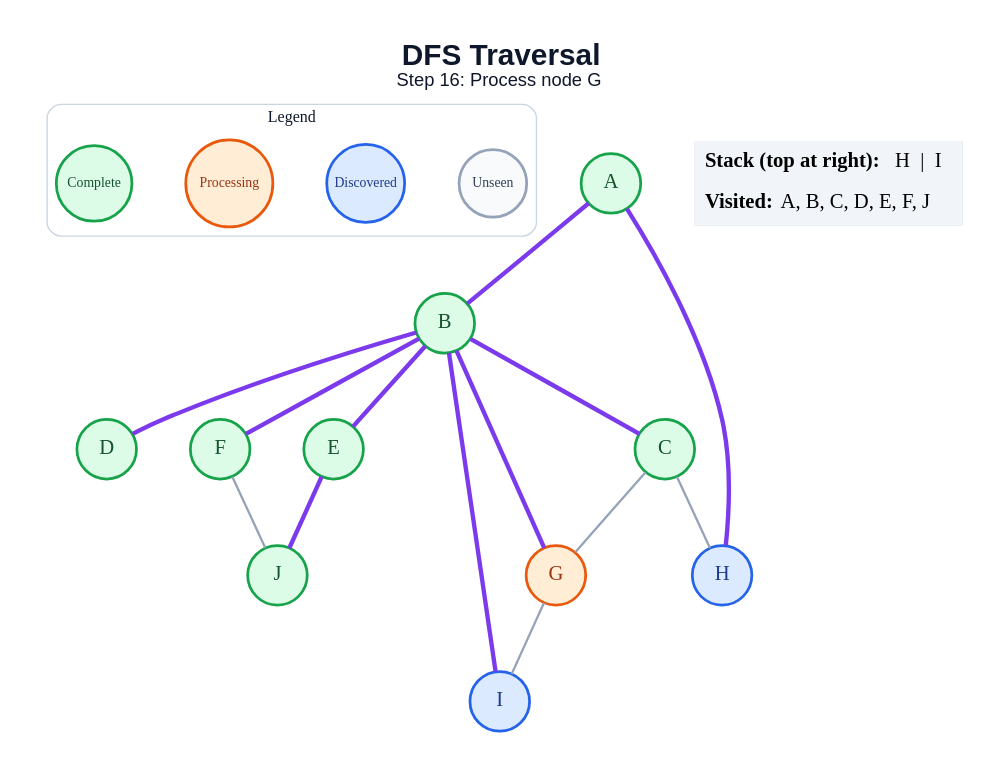
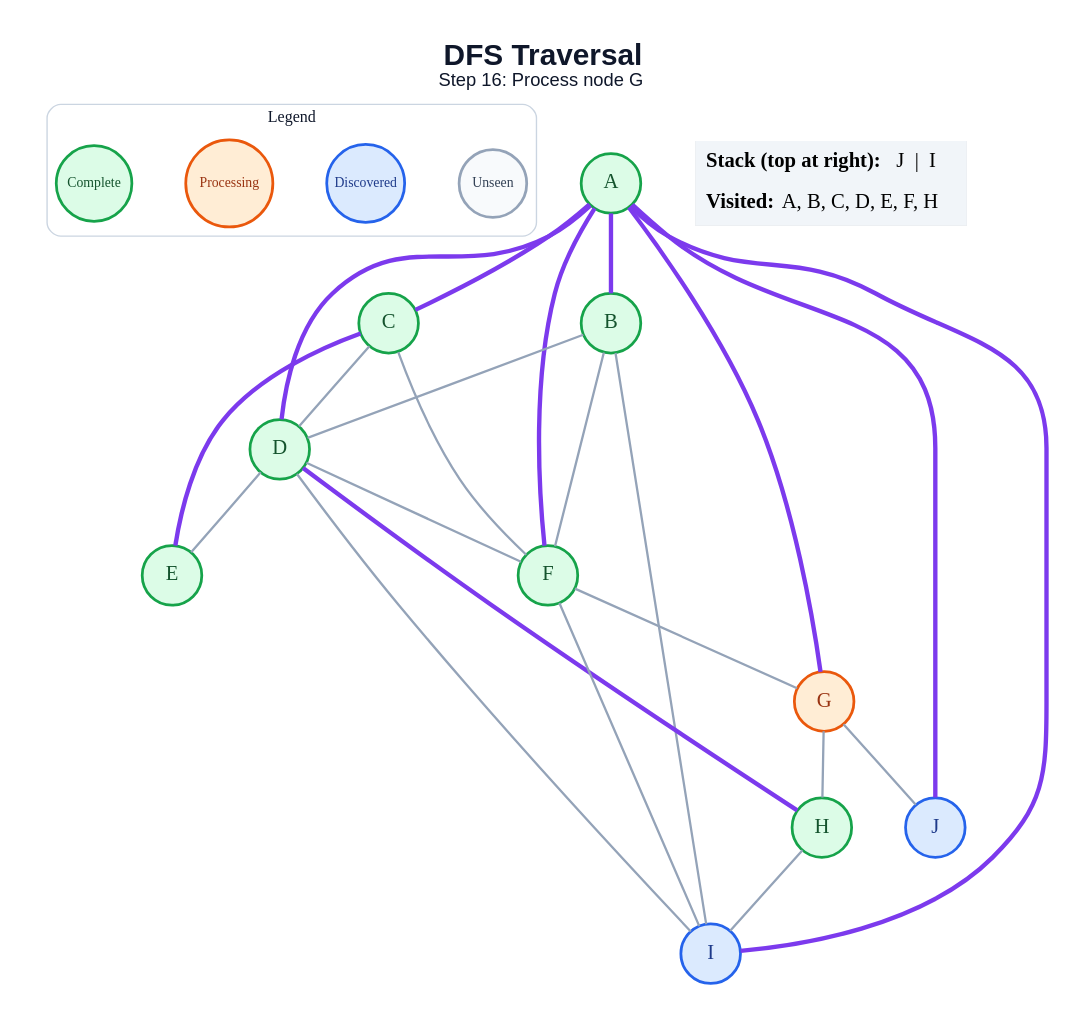
Before and after one commit to amanghodawala9/ai-slop: the diagram in generated/dfs/step_16.dot, drawn with Graphviz. The commit also changed 178 other files, not shown here.

```diff
--- a/generated/dfs/step_16.dot
+++ b/generated/dfs/step_16.dot
@@ -1,42 +1,51 @@
 graph traversal {
   graph [layout=dot, rankdir=TB, bgcolor="#FFFFFF", pad="0.35", nodesep="0.65", ranksep="0.8", fontname="Arial"];
   node [shape=circle, style="filled", fontname="Arial Bold", fontsize=18, width=0.72, fixedsize=true, penwidth=2.4];
   edge [color="#94A3B8", penwidth=2.0];
   label=<<B>DFS Traversal</B><BR/><FONT POINT-SIZE="16">Step 16: Process node G</FONT>>; labelloc="t"; fontsize=26; fontname="Arial"; fontcolor="#0F172A";
   subgraph cluster_legend { label="Legend"; color="#CBD5E1"; penwidth=1.2; style="rounded"; fontsize=14; fontname="Arial Bold";
     key_unseen [label="Unseen", fillcolor="#F8FAFC", color="#94A3B8", fontcolor="#334155", fontsize=12, width=0.82];
     key_frontier [label="Discovered", fillcolor="#DBEAFE", color="#2563EB", fontcolor="#1E3A8A", fontsize=12, width=0.95];
     key_current [label="Processing", fillcolor="#FFEDD5", color="#EA580C", fontcolor="#9A3412", fontsize=12, width=1.05];
     key_done [label="Complete", fillcolor="#DCFCE7", color="#16A34A", fontcolor="#14532D", fontsize=12, width=0.92];
     { rank=same; key_unseen; key_frontier; key_current; key_done; }
   }
   A [fillcolor="#DCFCE7", color="#16A34A", fontcolor="#14532D"];
   B [fillcolor="#DCFCE7", color="#16A34A", fontcolor="#14532D"];
   C [fillcolor="#DCFCE7", color="#16A34A", fontcolor="#14532D"];
   D [fillcolor="#DCFCE7", color="#16A34A", fontcolor="#14532D"];
   E [fillcolor="#DCFCE7", color="#16A34A", fontcolor="#14532D"];
   F [fillcolor="#DCFCE7", color="#16A34A", fontcolor="#14532D"];
   G [fillcolor="#FFEDD5", color="#EA580C", fontcolor="#9A3412"];
-  H [fillcolor="#DBEAFE", color="#2563EB", fontcolor="#1E3A8A"];
+  H [fillcolor="#DCFCE7", color="#16A34A", fontcolor="#14532D"];
   I [fillcolor="#DBEAFE", color="#2563EB", fontcolor="#1E3A8A"];
-  J [fillcolor="#DCFCE7", color="#16A34A", fontcolor="#14532D"];
+  J [fillcolor="#DBEAFE", color="#2563EB", fontcolor="#1E3A8A"];
   A -- B [color="#7C3AED", penwidth=3.8];
-  A -- H [color="#7C3AED", penwidth=3.8];
-  B -- C [color="#7C3AED", penwidth=3.8];
-  B -- D [color="#7C3AED", penwidth=3.8];
-  B -- E [color="#7C3AED", penwidth=3.8];
-  B -- F [color="#7C3AED", penwidth=3.8];
-  B -- G [color="#7C3AED", penwidth=3.8];
-  B -- I [color="#7C3AED", penwidth=3.8];
-  C -- G;
-  C -- H;
-  E -- J [color="#7C3AED", penwidth=3.8];
-  F -- J;
-  G -- I;
+  A -- C [color="#7C3AED", penwidth=3.8];
+  A -- D [color="#7C3AED", penwidth=3.8];
+  A -- F [color="#7C3AED", penwidth=3.8];
+  A -- G [color="#7C3AED", penwidth=3.8];
+  A -- I [color="#7C3AED", penwidth=3.8];
+  A -- J [color="#7C3AED", penwidth=3.8];
+  B -- D;
+  B -- F;
+  B -- I;
+  C -- D;
+  C -- E [color="#7C3AED", penwidth=3.8];
+  C -- F;
+  D -- E;
+  D -- F;
+  D -- H [color="#7C3AED", penwidth=3.8];
+  D -- I;
+  F -- G;
+  F -- I;
+  G -- H;
+  G -- J;
+  H -- I;
   status [shape=plain, fixedsize=false, width=0, height=0, margin=0, label=<
     <TABLE BORDER="0" CELLBORDER="0" CELLPADDING="7" BGCOLOR="#F1F5F9">
-      <TR><TD ALIGN="LEFT"><B>Stack (top at right):</B> H  |  I</TD></TR>
-      <TR><TD ALIGN="LEFT"><B>Visited:</B> A, B, C, D, E, F, J</TD></TR>
+      <TR><TD ALIGN="LEFT"><B>Stack (top at right):</B> J  |  I</TD></TR>
+      <TR><TD ALIGN="LEFT"><B>Visited:</B> A, B, C, D, E, F, H</TD></TR>
     </TABLE>
   >];
 }
```
